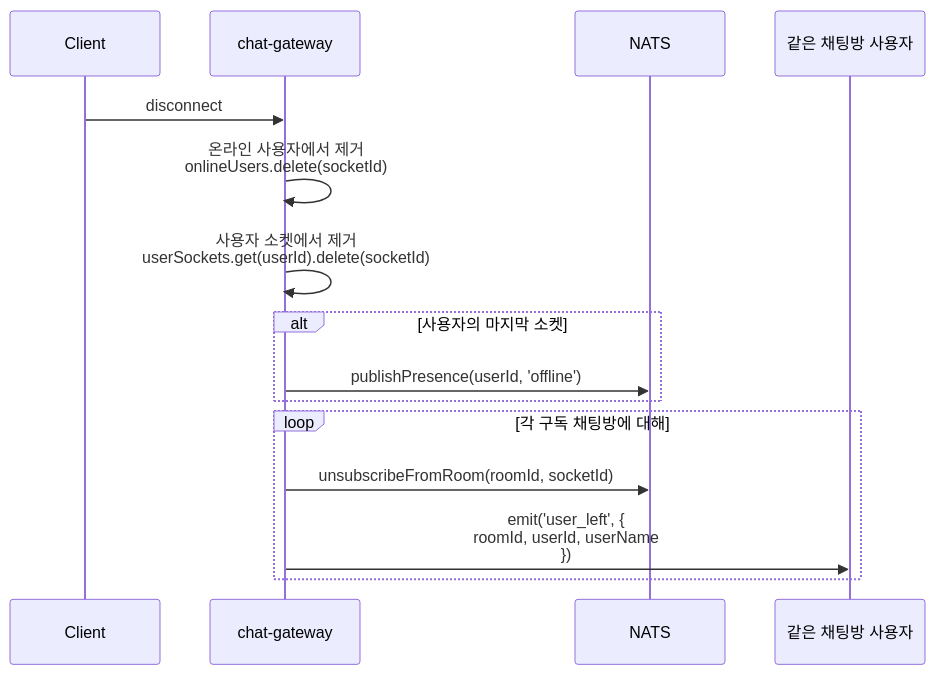
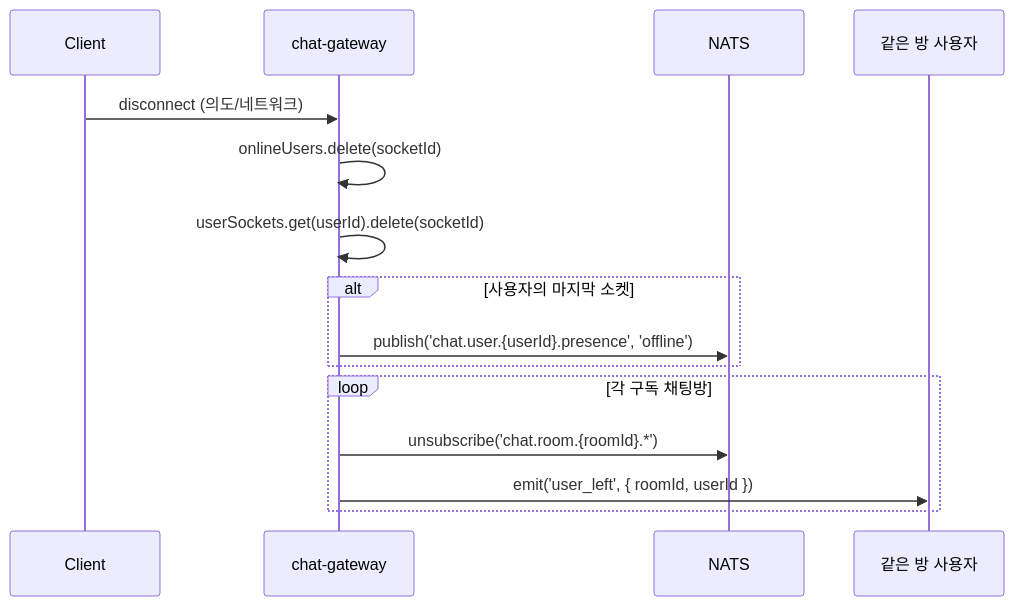
One commit to uniyous/parkgolf-platform changed the tenth of 28 diagrams in docs/CHAT_WORKFLOW.md. Above: the diagram before and after it, drawn with Mermaid. The commit also changed other lines of this file and 2 other files, not shown here.

First line of the commit message:
refactor(user-app-ios): AppDelegate를 ParkGolfApp.swift에 통합 및 docs 업데이트

````diff
--- a/docs/CHAT_WORKFLOW.md
+++ b/docs/CHAT_WORKFLOW.md
@@ -397,21 +264,21 @@
 ```mermaid
 sequenceDiagram
     participant Client
     participant Gateway as chat-gateway
     participant NATS
-    participant OtherClients as 같은 채팅방 사용자
+    participant Others as 같은 방 사용자
 
-    Client->>Gateway: disconnect
+    Client->>Gateway: disconnect (의도/네트워크)
 
-    Gateway->>Gateway: 온라인 사용자에서 제거<br/>onlineUsers.delete(socketId)
-    Gateway->>Gateway: 사용자 소켓에서 제거<br/>userSockets.get(userId).delete(socketId)
+    Gateway->>Gateway: onlineUsers.delete(socketId)
+    Gateway->>Gateway: userSockets.get(userId).delete(socketId)
 
     alt 사용자의 마지막 소켓
-        Gateway->>NATS: publishPresence(userId, 'offline')
+        Gateway->>NATS: publish('chat.user.{userId}.presence', 'offline')
     end
 
-    loop 각 구독 채팅방에 대해
-        Gateway->>NATS: unsubscribeFromRoom(roomId, socketId)
-        Gateway->>OtherClients: emit('user_left', {<br/>  roomId, userId, userName<br/>})
+    loop 각 구독 채팅방
+        Gateway->>NATS: unsubscribe('chat.room.{roomId}.*')
+        Gateway->>Others: emit('user_left', { roomId, userId })
     end
 ```
````
